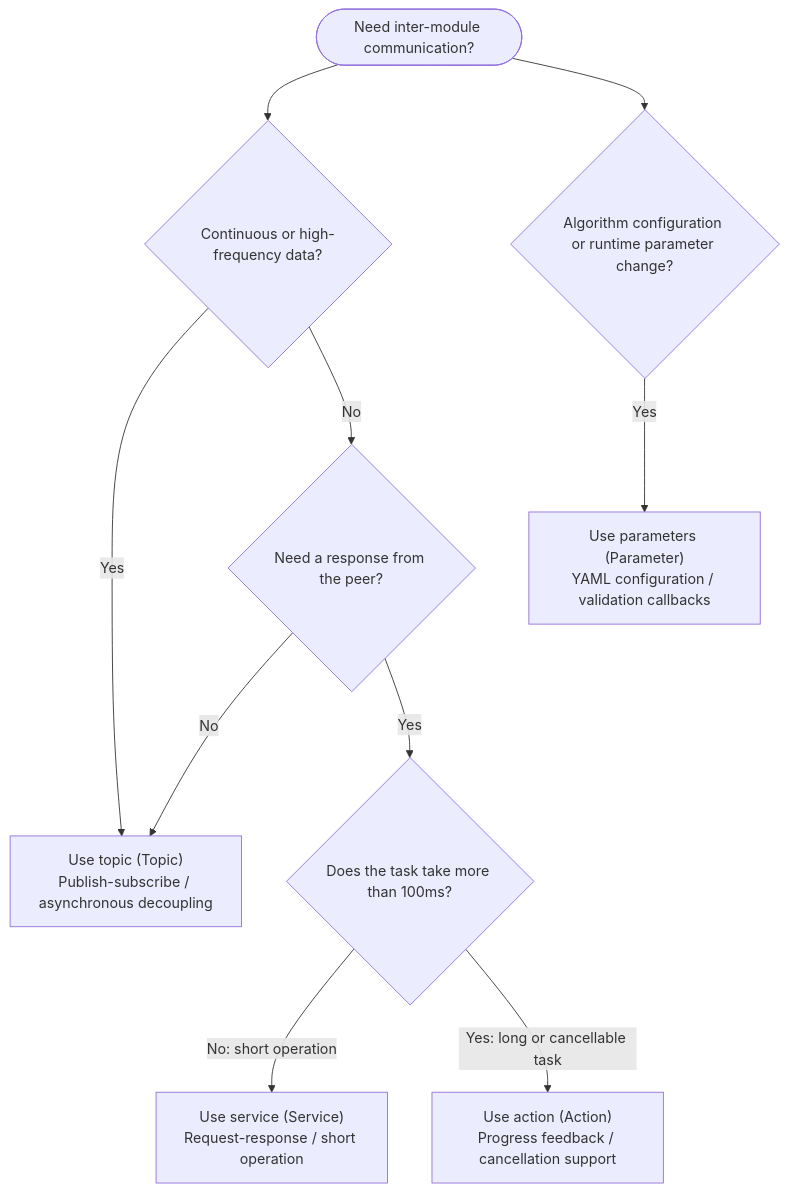
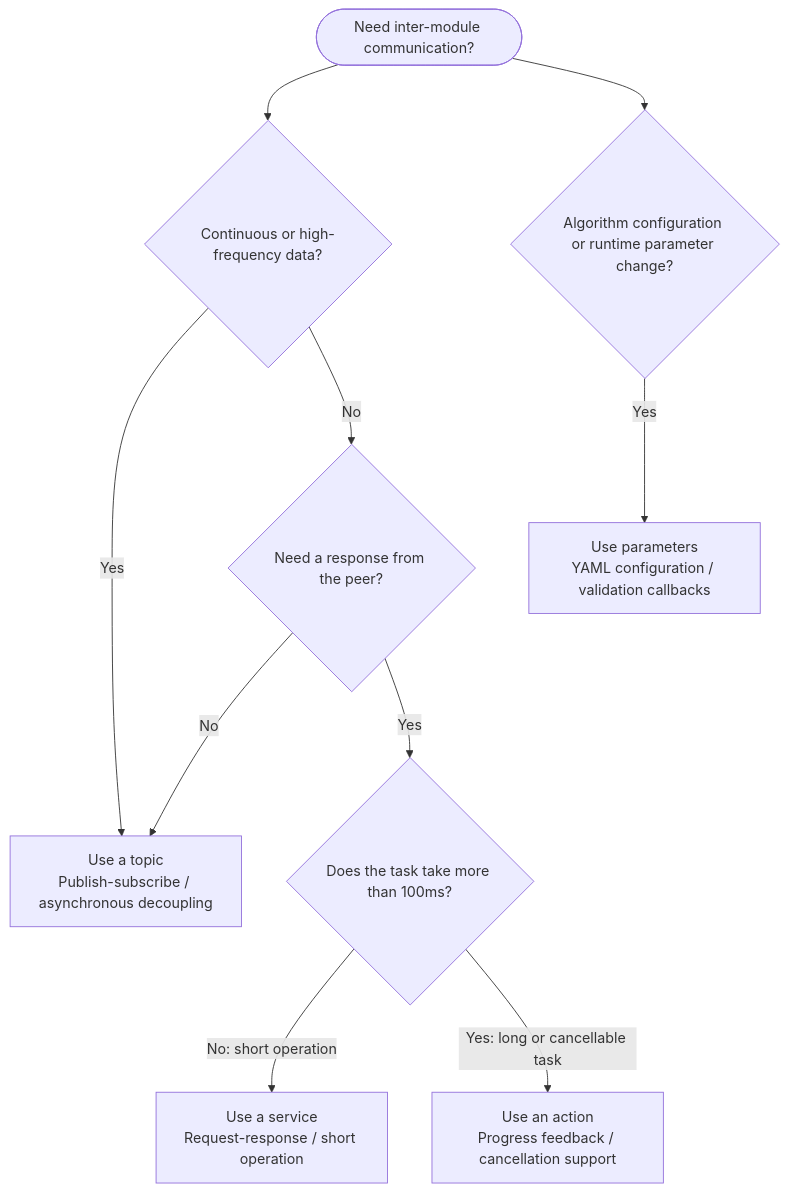
Before and after one commit to TingdeLiu/tingdeliu.github.io: the sixth of 21 diagrams in _translations/en/research/ROS2-Survey.md, drawn with Mermaid. The commit also changed other lines of this file and 51 other files, not shown here.

````diff
--- a/_translations/en/research/ROS2-Survey.md
+++ b/_translations/en/research/ROS2-Survey.md
@@ -303,12 +303,12 @@
 ```mermaid
 flowchart TD
     Start([Need inter-module communication?]) --> Q1{Continuous or high-frequency data?}
-    Q1 -->|"Yes"| NodeTopic["Use topic (Topic)<br/>Publish-subscribe / asynchronous decoupling"]
+    Q1 -->|"Yes"| NodeTopic["Use a topic<br/>Publish-subscribe / asynchronous decoupling"]
     Q1 -->|"No"| Q2{Need a response from the peer?}
     Q2 -->|"No"| NodeTopic
     Q2 -->|"Yes"| Q3{Does the task take more than 100ms?}
-    Q3 -->|"No: short operation"| NodeService["Use service (Service)<br/>Request-response / short operation"]
-    Q3 -->|"Yes: long or cancellable task"| NodeAction["Use action (Action)<br/>Progress feedback / cancellation support"]
+    Q3 -->|"No: short operation"| NodeService["Use a service<br/>Request-response / short operation"]
+    Q3 -->|"Yes: long or cancellable task"| NodeAction["Use an action<br/>Progress feedback / cancellation support"]
     Start --> Q4{Algorithm configuration or runtime parameter change?}
-    Q4 -->|"Yes"| NodeParam["Use parameters (Parameter)<br/>YAML configuration / validation callbacks"]
+    Q4 -->|"Yes"| NodeParam["Use parameters<br/>YAML configuration / validation callbacks"]
 ```
````
